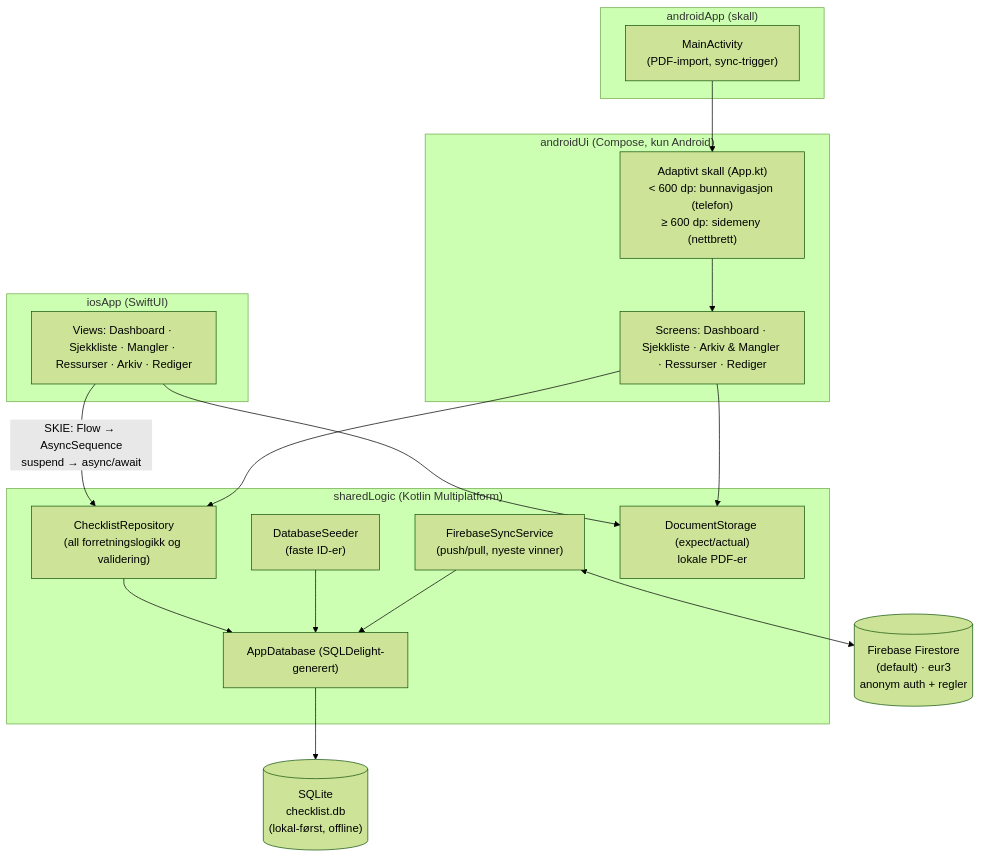
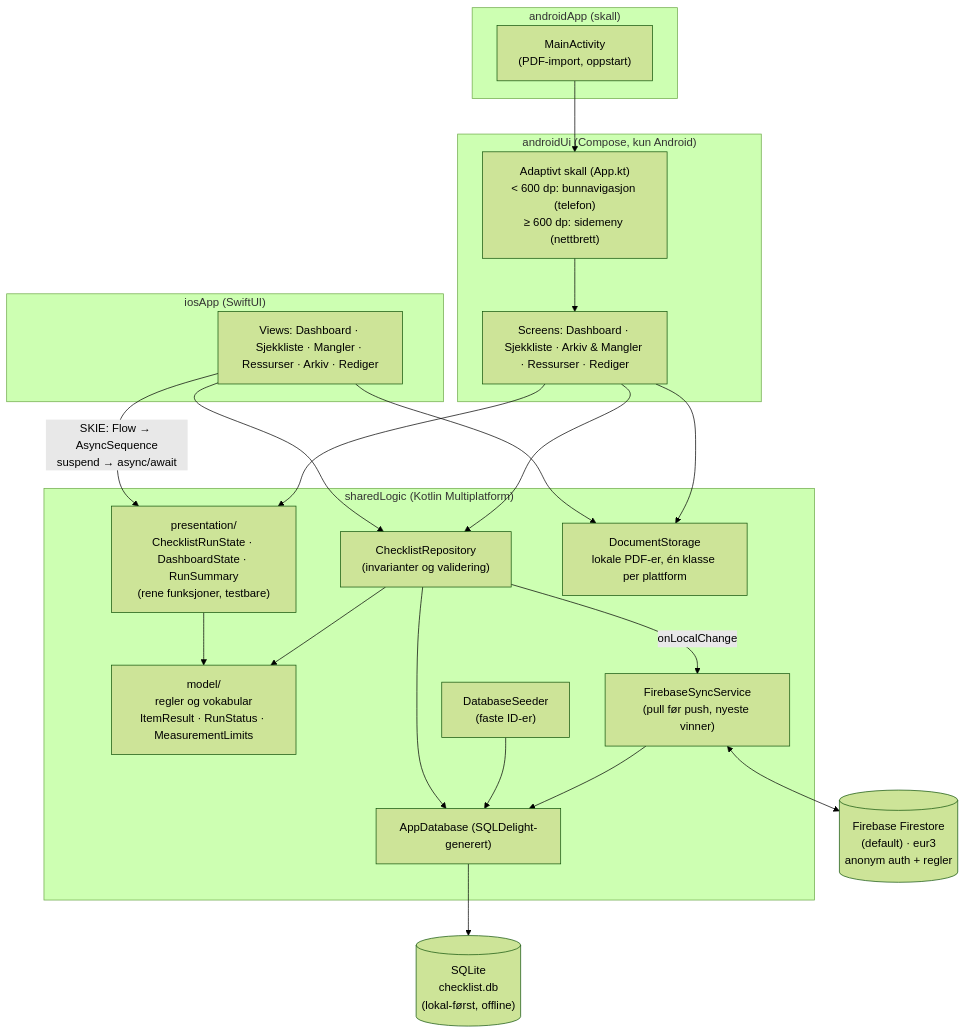
One commit to Vegardmykle/RedCross-Ambulance changed the diagram in diagrams/architecture.md. Above: the diagram before and after it, drawn with Mermaid (forest theme). The commit also changed other lines of this file, not shown here.

Commit message:
Oppdater arkitekturdiagrammet med presentasjonslaget
Diagrammet viste UI-ene som pekte rett på repositoryet, slik det var før
presentation/ fantes. Nå går den utledede tilstanden gjennom et eget lag som
begge plattformene leser likt.

Rettet samtidig tre ting som ikke lenger stemte: MainActivity er ikke
sync-trigger (repositoryet varsler selv), DocumentStorage er ikke
expect/actual men et interface med én klasse per plattform, og
ChecklistRepository er beskrevet som invarianter og validering framfor «all
forretningslogikk» – vokabular og utledning ligger andre steder nå.

````diff
--- a/diagrams/architecture.md
+++ b/diagrams/architecture.md
@@ -3,38 +3,45 @@
 ```mermaid
 flowchart TB
     subgraph iOS["iosApp (SwiftUI)"]
         iosViews["Views: Dashboard · Sjekkliste · Mangler · Ressurser · Arkiv · Rediger"]
     end
 
     subgraph Android["androidApp (skall)"]
-        activity["MainActivity\n(PDF-import, sync-trigger)"]
+        activity["MainActivity\n(PDF-import, oppstart)"]
     end
 
     subgraph AndroidUi["androidUi (Compose, kun Android)"]
         composeScreens["Screens: Dashboard · Sjekkliste · Arkiv & Mangler · Ressurser · Rediger"]
         shells["Adaptivt skall (App.kt)\n< 600 dp: bunnavigasjon (telefon)\n≥ 600 dp: sidemeny (nettbrett)"]
         shells --> composeScreens
     end
 
     subgraph SharedLogic["sharedLogic (Kotlin Multiplatform)"]
-        repo["ChecklistRepository\n(all forretningslogikk og validering)"]
+        presentation["presentation/\nChecklistRunState · DashboardState · RunSummary\n(rene funksjoner, testbare)"]
+        domain["model/\nregler og vokabular\nItemResult · RunStatus · MeasurementLimits"]
+        repo["ChecklistRepository\n(invarianter og validering)"]
         seeder["DatabaseSeeder\n(faste ID-er)"]
-        firebaseSync["FirebaseSyncService\n(push/pull, nyeste vinner)"]
-        storage["DocumentStorage (expect/actual)\nlokale PDF-er"]
+        firebaseSync["FirebaseSyncService\n(pull før push, nyeste vinner)"]
+        storage["DocumentStorage\nlokale PDF-er, én klasse per plattform"]
         dbGen["AppDatabase (SQLDelight-generert)"]
     end
 
     sqlite[("SQLite\nchecklist.db\n(lokal-først, offline)")]
     firestore[("Firebase Firestore\n(default) · eur3\nanonym auth + regler")]
 
-    iosViews -- "SKIE: Flow → AsyncSequence\nsuspend → async/await" --> repo
+    iosViews -- "SKIE: Flow → AsyncSequence\nsuspend → async/await" --> presentation
+    iosViews --> repo
     activity --> shells
+    composeScreens --> presentation
     composeScreens --> repo
+    presentation --> domain
+    repo --> domain
     repo --> dbGen
+    repo -- "onLocalChange" --> firebaseSync
     seeder --> dbGen
     firebaseSync --> dbGen
     firebaseSync <--> firestore
     dbGen --> sqlite
     iosViews --> storage
     composeScreens --> storage
 ```
````
